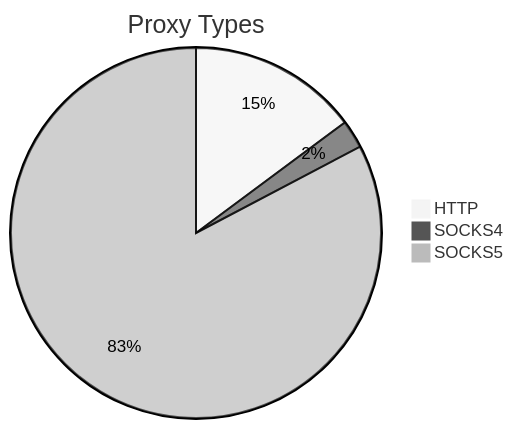
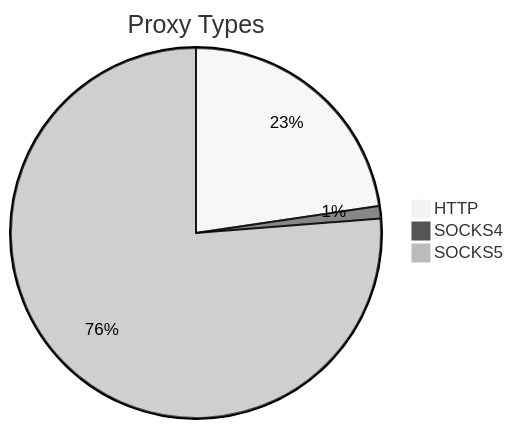
The first of 2 diagrams in README.md (stormsia/proxy-list), drawn with Mermaid (neutral theme) before and after one commit. The commit also changed other lines of this file, not shown here.

````diff
--- a/README.md
+++ b/README.md
@@ -21,6 +21,6 @@
 ```mermaid
 pie title Proxy Types
-    "HTTP" : 127
-    "SOCKS4" : 21
-    "SOCKS5" : 708
+    "HTTP" : 250
+    "SOCKS4" : 12
+    "SOCKS5" : 841
 ```
````
